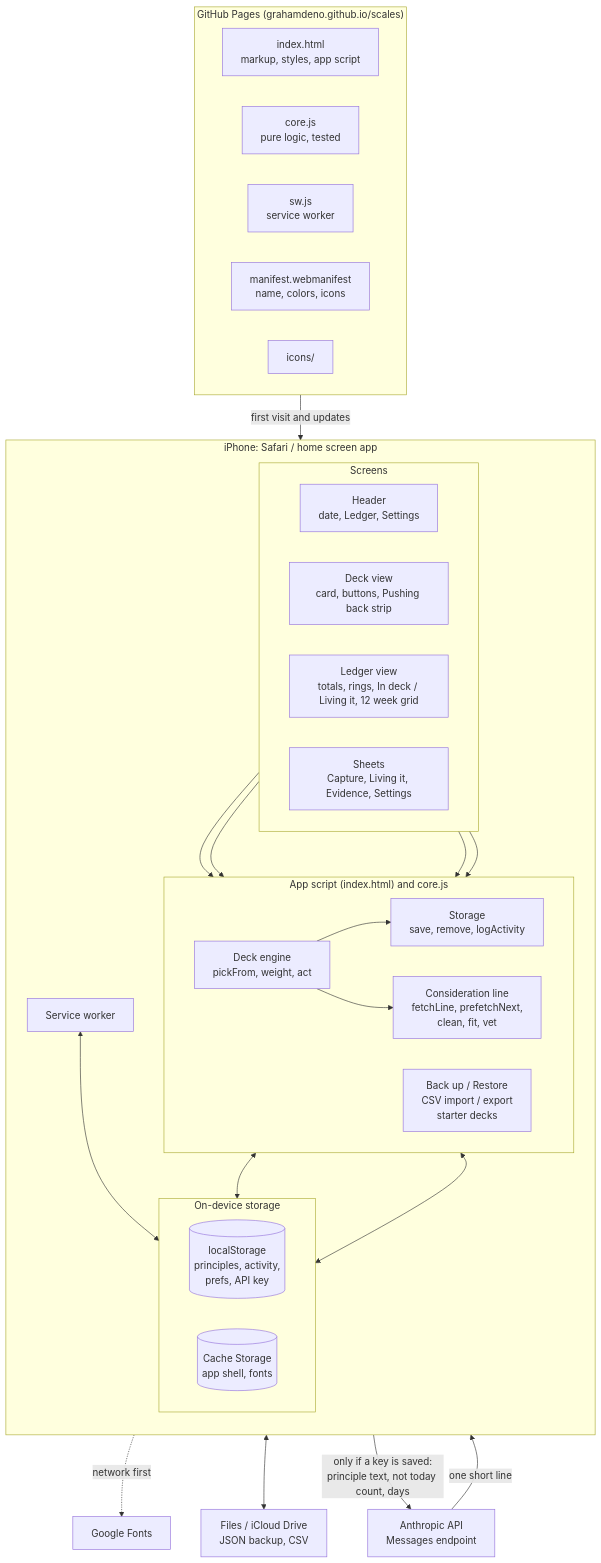
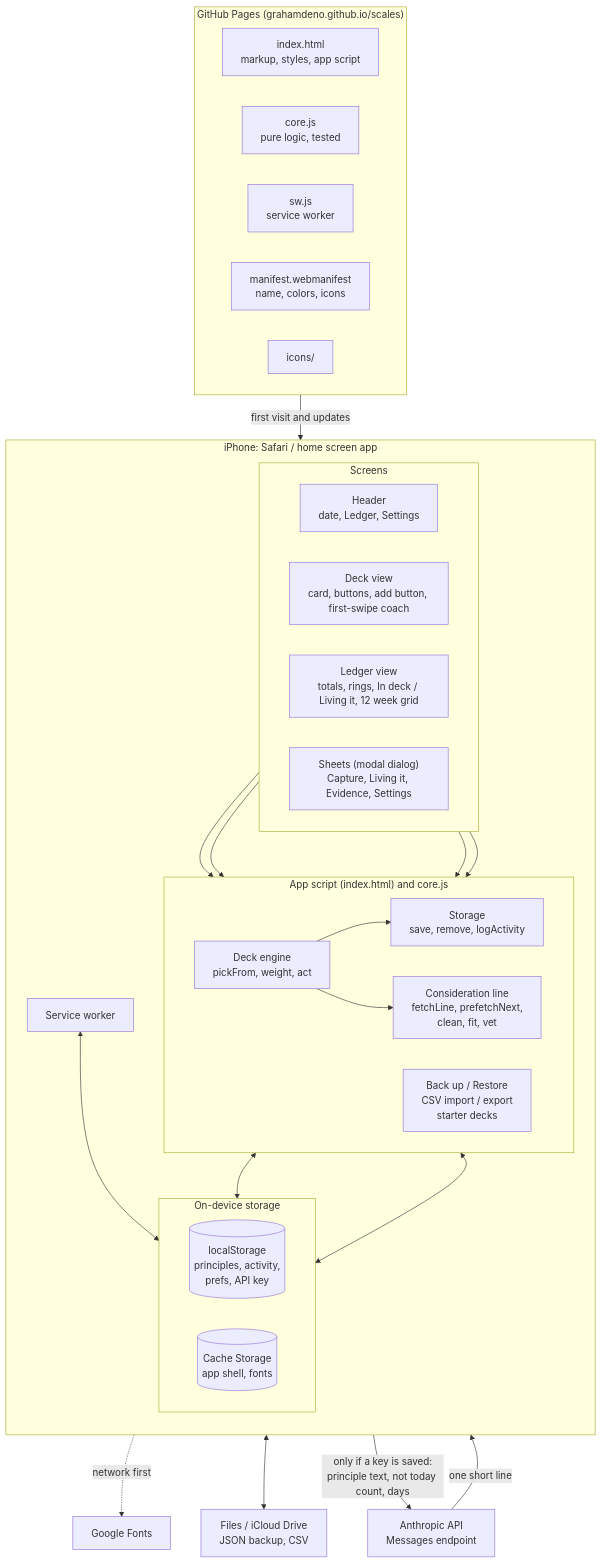
Before and after one commit to grahamdeno/scales: the first of 3 diagrams in docs/ARCHITECTURE.md, drawn with Mermaid. The commit also changed 5 other files, not shown here.

Commit message:
Release 1.26.0: modal sheets, Undo, first-swipe coach, add button; the card takes the screen

````diff
--- a/docs/ARCHITECTURE.md
+++ b/docs/ARCHITECTURE.md
@@ -16,59 +16,59 @@
 ```mermaid
 flowchart TB
     subgraph host["GitHub Pages (grahamdeno.github.io/scales)"]
         direction LR
         html["index.html<br/>markup, styles, app script"]
         corefile["core.js<br/>pure logic, tested"]
         swfile["sw.js<br/>service worker"]
         mani["manifest.webmanifest<br/>name, colors, icons"]
         icons["icons/"]
     end
 
     subgraph phone["iPhone: Safari / home screen app"]
         direction TB
 
         subgraph ui["Screens"]
             direction LR
             header["Header<br/>date, Ledger, Settings"]
-            deck["Deck view<br/>card, buttons, Pushing back strip"]
+            deck["Deck view<br/>card, buttons, add button, first-swipe coach"]
             ledger["Ledger view<br/>totals, rings, In deck / Living it, 12 week grid"]
-            sheets["Sheets<br/>Capture, Living it, Evidence, Settings"]
+            sheets["Sheets (modal dialog)<br/>Capture, Living it, Evidence, Settings"]
         end
 
         subgraph logic["App script (index.html) and core.js"]
             direction LR
             engine["Deck engine<br/>pickFrom, weight, act"]
             line["Consideration line<br/>fetchLine, prefetchNext,<br/>clean, fit, vet"]
             store["Storage<br/>save, remove, logActivity"]
             io["Back up / Restore<br/>CSV import / export<br/>starter decks"]
         end
 
         subgraph device["On-device storage"]
             direction LR
             ls[("localStorage<br/>principles, activity,<br/>prefs, API key")]
             cache[("Cache Storage<br/>app shell, fonts")]
         end
 
         sw["Service worker"]
     end
 
     fonts["Google Fonts"]
     api["Anthropic API<br/>Messages endpoint"]
     files["Files / iCloud Drive<br/>JSON backup, CSV"]
 
     host -- "first visit and updates" --> sw
     sw <--> cache
     sw -.->|network first| fonts
 
     deck --> engine
     sheets --> engine
     sheets --> io
     engine --> store
     engine --> line
     ledger --> store
     store <--> ls
     io <--> ls
     io <--> files
     line -- "only if a key is saved:<br/>principle text, not today count, days" --> api
     api -- "one short line" --> line
 ```
````
